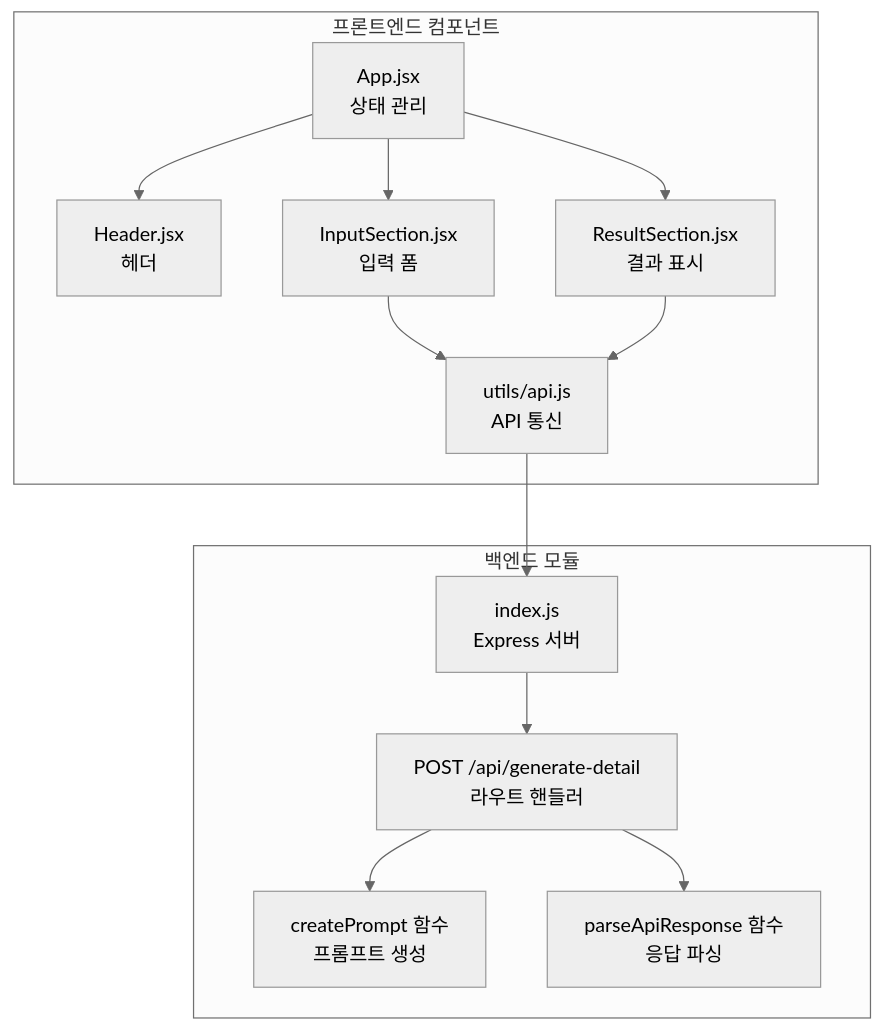
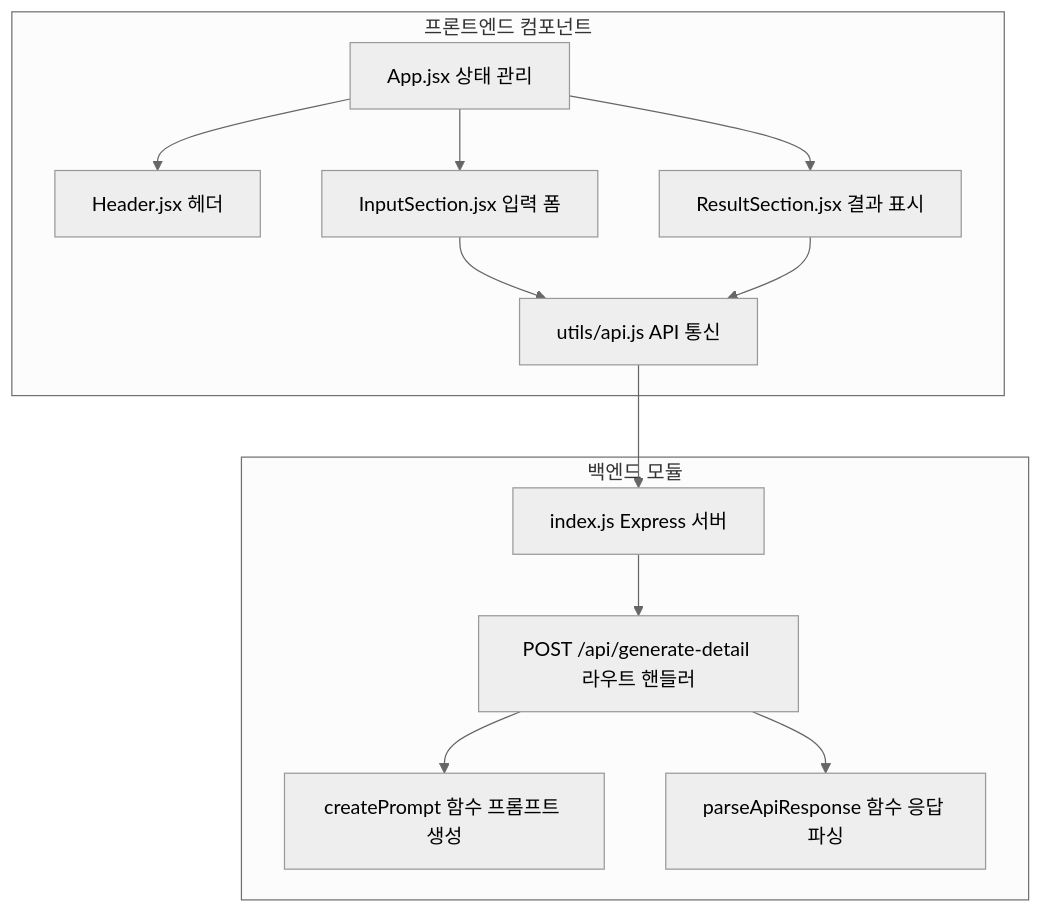
Before and after one commit to geon1098/app_ai108: the third of 4 diagrams in architecture.md, drawn with Mermaid (neutral theme). The commit also changed other lines of this file, not shown here.

````diff
--- a/architecture.md
+++ b/architecture.md
@@ -94,27 +93,27 @@
 ```mermaid
 graph TB
-    subgraph "프론트엔드 컴포넌트"
-        App[App.jsx<br/>상태 관리]
-        Header[Header.jsx<br/>헤더]
-        InputSection[InputSection.jsx<br/>입력 폼]
-        ResultSection[ResultSection.jsx<br/>결과 표시]
-        APIUtils[utils/api.js<br/>API 통신]
+    subgraph FrontendComponents["프론트엔드 컴포넌트"]
+        App["App.jsx 상태 관리"]
+        Header["Header.jsx 헤더"]
+        InputSection2["InputSection.jsx 입력 폼"]
+        ResultSection2["ResultSection.jsx 결과 표시"]
+        APIUtils2["utils/api.js API 통신"]
     end
 
-    subgraph "백엔드 모듈"
-        Server[index.js<br/>Express 서버]
-        Route[POST /api/generate-detail<br/>라우트 핸들러]
-        Prompt[createPrompt 함수<br/>프롬프트 생성]
-        Parser[parseApiResponse 함수<br/>응답 파싱]
+    subgraph BackendModules["백엔드 모듈"]
+        Server["index.js Express 서버"]
+        Route["POST /api/generate-detail 라우트 핸들러"]
+        Prompt["createPrompt 함수 프롬프트 생성"]
+        Parser["parseApiResponse 함수 응답 파싱"]
     end
 
     App --> Header
-    App --> InputSection
-    App --> ResultSection
-    InputSection --> APIUtils
-    ResultSection --> APIUtils
-    APIUtils --> Server
+    App --> InputSection2
+    App --> ResultSection2
+    InputSection2 --> APIUtils2
+    ResultSection2 --> APIUtils2
+    APIUtils2 --> Server
     Server --> Route
     Route --> Prompt
     Route --> Parser
 ```
````
